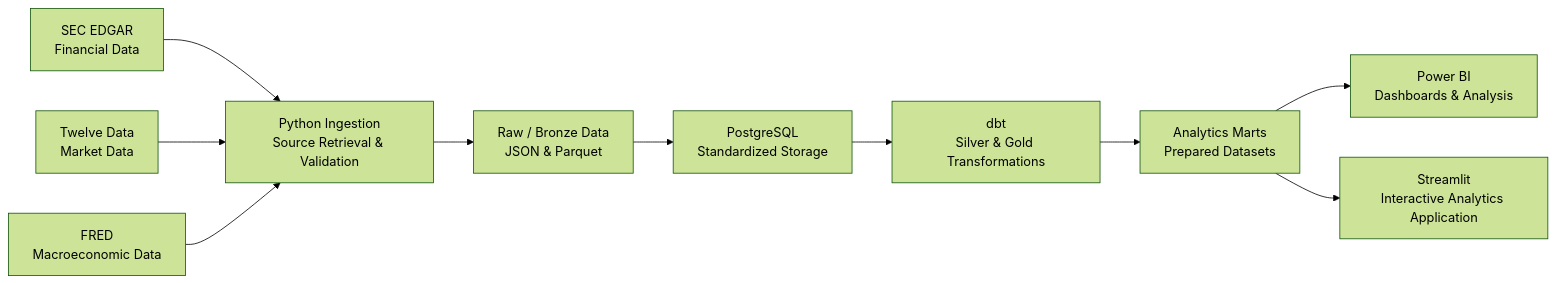
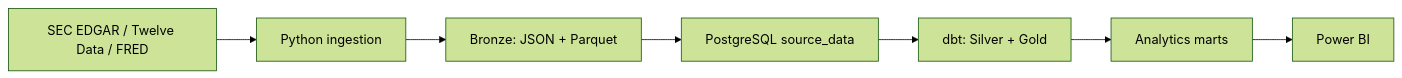
Before and after one commit to sorravit-te/FinStream: the diagram in docs/ARCHITECTURE.md, drawn with Mermaid (forest theme). The commit also changed other lines of this file and 22 other files, not shown here.

````diff
--- a/docs/ARCHITECTURE.md
+++ b/docs/ARCHITECTURE.md
@@ -9,13 +8,9 @@
 ```mermaid
 flowchart LR
-    A[SEC EDGAR<br/>Financial Data] --> D[Python Ingestion<br/>Source Retrieval & Validation]
-    B[Twelve Data<br/>Market Data] --> D
-    C[FRED<br/>Macroeconomic Data] --> D
-
-    D --> E[Raw / Bronze Data<br/>JSON & Parquet]
-    E --> F[PostgreSQL<br/>Standardized Storage]
-    F --> G[dbt<br/>Silver & Gold Transformations]
-    G --> H[Analytics Marts<br/>Prepared Datasets]
-    H --> I[Power BI<br/>Dashboards & Analysis]
-    H --> J[Streamlit<br/>Interactive Analytics Application]
+    P[SEC EDGAR / Twelve Data / FRED] --> I[Python ingestion]
+    I --> B[Bronze: JSON + Parquet]
+    B --> S[PostgreSQL source_data]
+    S --> D[dbt: Silver + Gold]
+    D --> M[Analytics marts]
+    M --> BI[Power BI]
 ```
````
